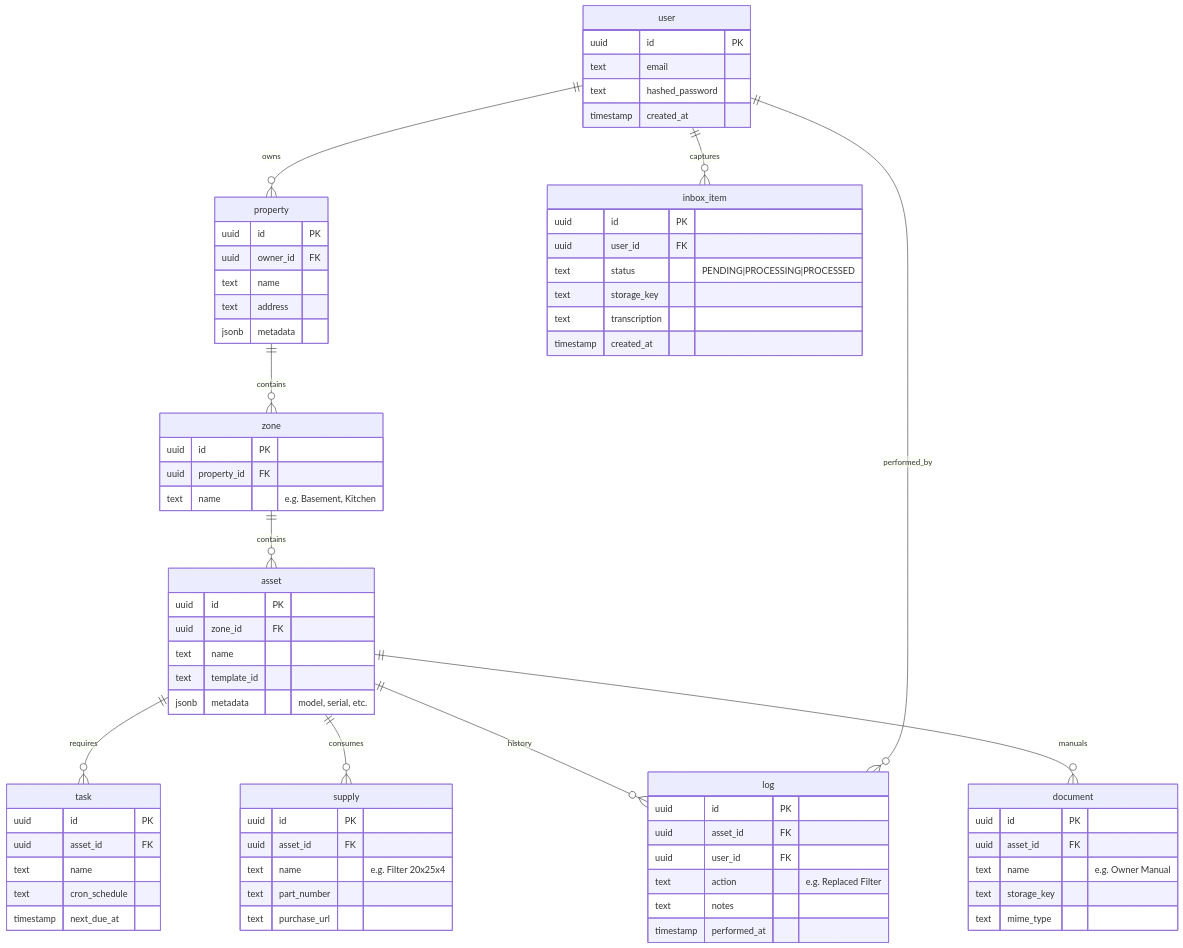
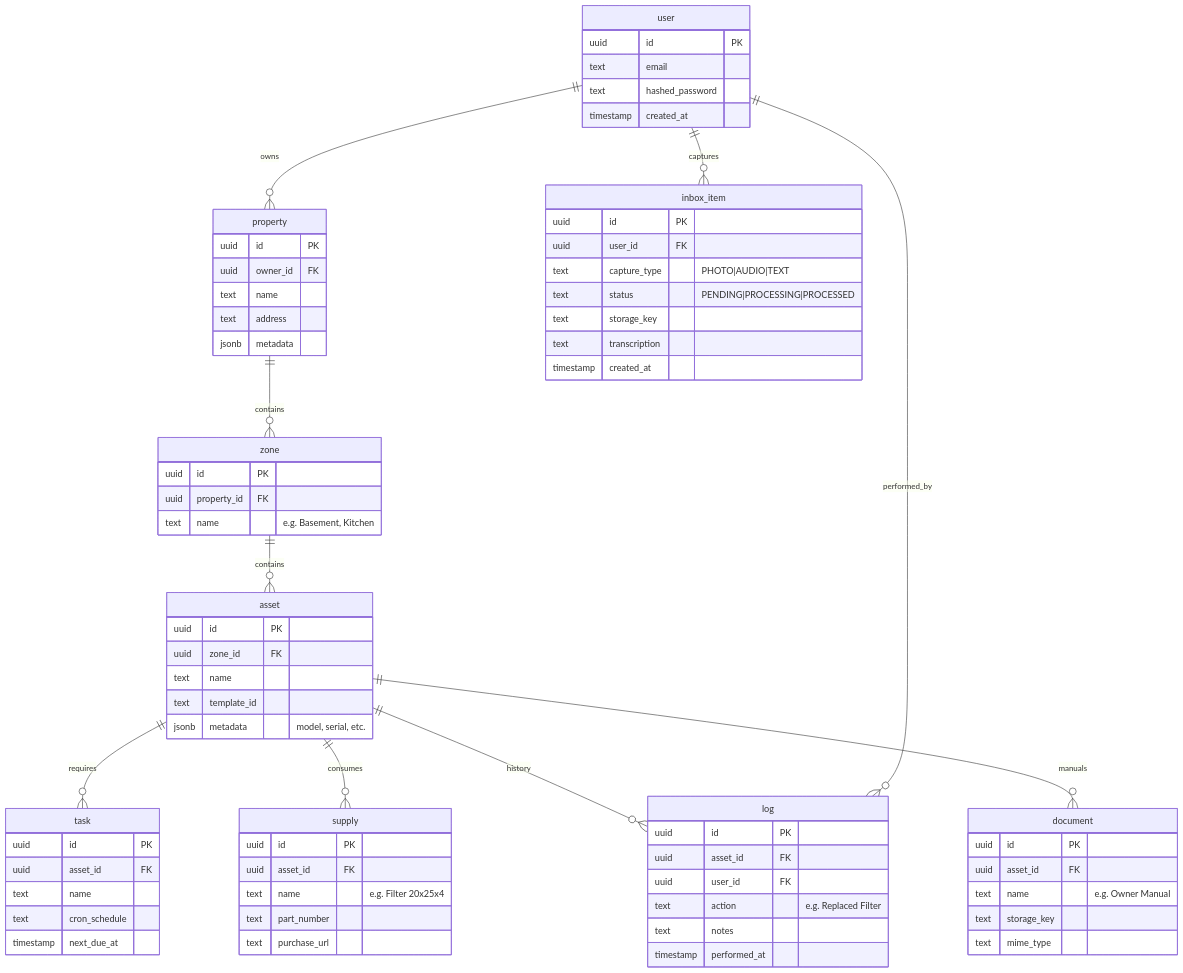
The third of 3 diagrams in docs/architecture.md (abdihashii/haven), drawn with Mermaid before and after one commit. The commit also changed other lines of this file, not shown here.

Commit message:
docs: update architecture document to reflect status change in InboxItem and improve notification flow

```diff
--- a/docs/architecture.md
+++ b/docs/architecture.md
@@ -254,6 +253,7 @@
     inbox_item {
         uuid id PK
         uuid user_id FK
+        text capture_type "PHOTO|AUDIO|TEXT"
         text status "PENDING|PROCESSING|PROCESSED"
         text storage_key
         text transcription
```
